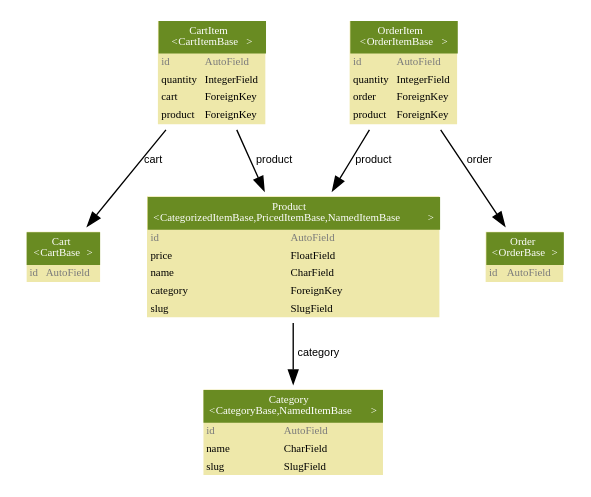
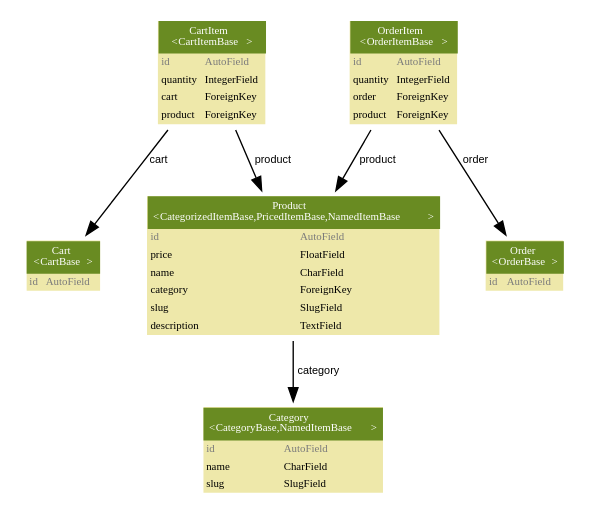
The diagram in graphs/models.dot (dokterbob/basic-webshop), drawn with Graphviz before and after one commit. The commit also changed 2 other files, not shown here.

Commit message:
Updated model graphs for added description.

```diff
--- a/graphs/models.dot
+++ b/graphs/models.dot
@@ -59,6 +59,13 @@
         ></TD>
         <TD ALIGN="LEFT"
         ><FONT FACE="Helvetica Bold">SlugField</FONT
+        ></TD></TR>
+        
+        <TR><TD ALIGN="LEFT" BORDER="0"
+        ><FONT FACE="Helvetica Bold">description</FONT
+        ></TD>
+        <TD ALIGN="LEFT"
+        ><FONT FACE="Helvetica Bold">TextField</FONT
         ></TD></TR>
         
     
```
